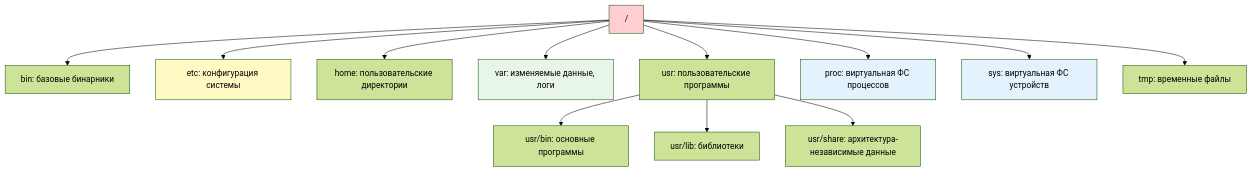
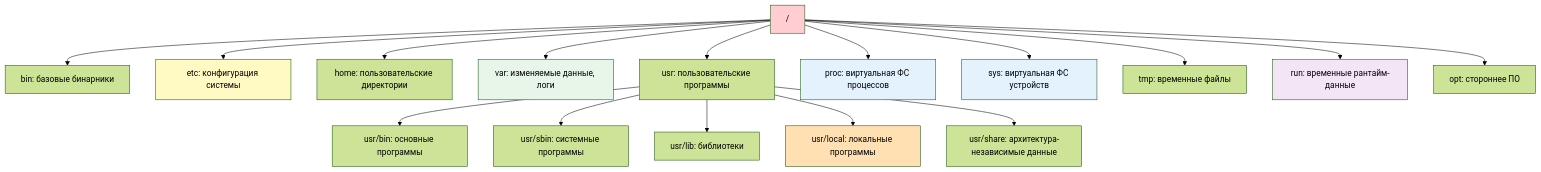
Before and after one commit to Dzhambulat-Kagermanov/obsidian-vault: the second of 3 diagrams in DevOps/Сетевое и системное администрирование/1. Операционные системы/1. Linux/1. Основы работы в терминале и навигация по ФС.md, drawn with Mermaid (forest theme). The commit also changed other lines of this file, not shown here.

````diff
--- a/DevOps/Сетевое и системное администрирование/1. Операционные системы/1. Linux/1. Основы работы в терминале и навигация по ФС.md
+++ b/DevOps/Сетевое и системное администрирование/1. Операционные системы/1. Linux/1. Основы работы в терминале и навигация по ФС.md
@@ -66,21 +66,27 @@
 ```mermaid
 graph TD
     Root["/"] --> Bin[bin: базовые бинарники]
     Root --> Etc[etc: конфигурация системы]
     Root --> Home[home: пользовательские директории]
     Root --> Var[var: изменяемые данные, логи]
     Root --> Usr[usr: пользовательские программы]
     Root --> Proc[proc: виртуальная ФС процессов]
     Root --> Sys[sys: виртуальная ФС устройств]
     Root --> Tmp[tmp: временные файлы]
+    Root --> Run[run: временные рантайм-данные]
+    Root --> Opt[opt: стороннее ПО]
     
     Usr --> Bin_usr["usr/bin: основные программы"]
+    Usr --> Sbin_usr["usr/sbin: системные программы"]
     Usr --> Lib["usr/lib: библиотеки"]
+    Usr --> Local["usr/local: локальные программы"]
     Usr --> Share["usr/share: архитектура-независимые данные"]
     
     style Root fill:#ffcdd2
     style Etc fill:#fff9c4
     style Var fill:#e8f5e9
     style Proc fill:#e3f2fd
     style Sys fill:#e3f2fd
+    style Run fill:#f3e5f5
+    style Local fill:#ffe0b2
 ```
````
